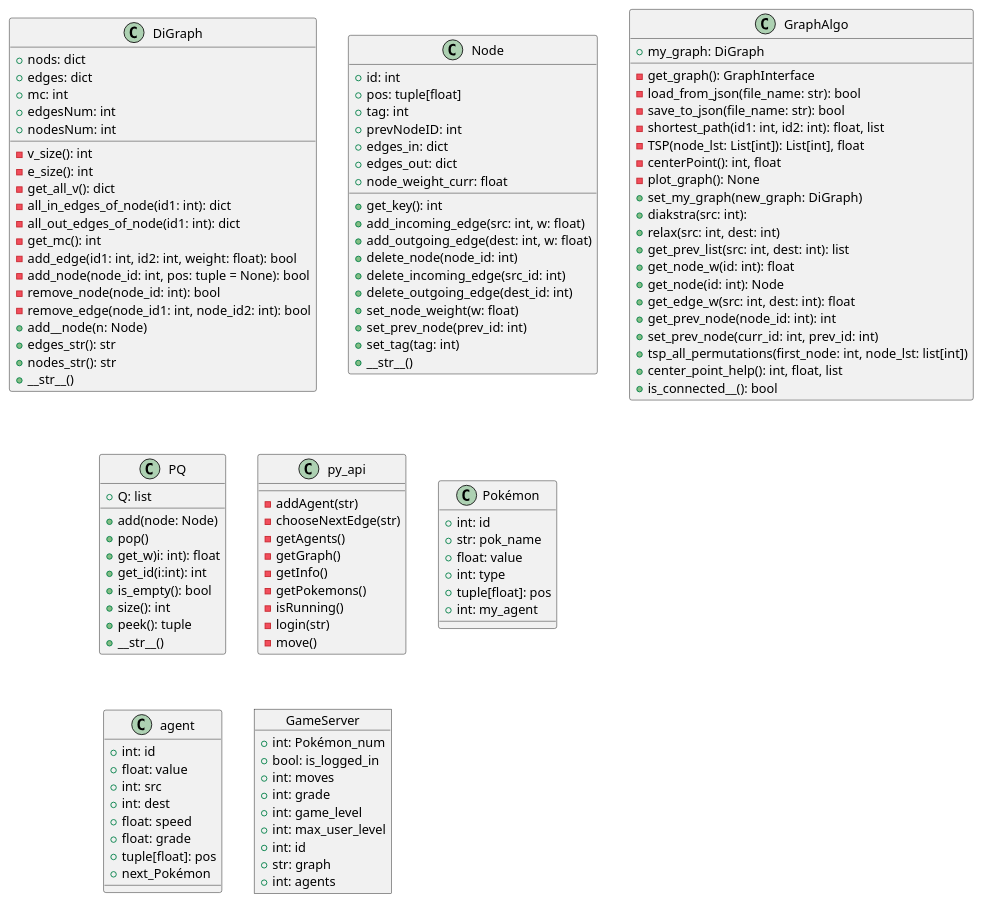
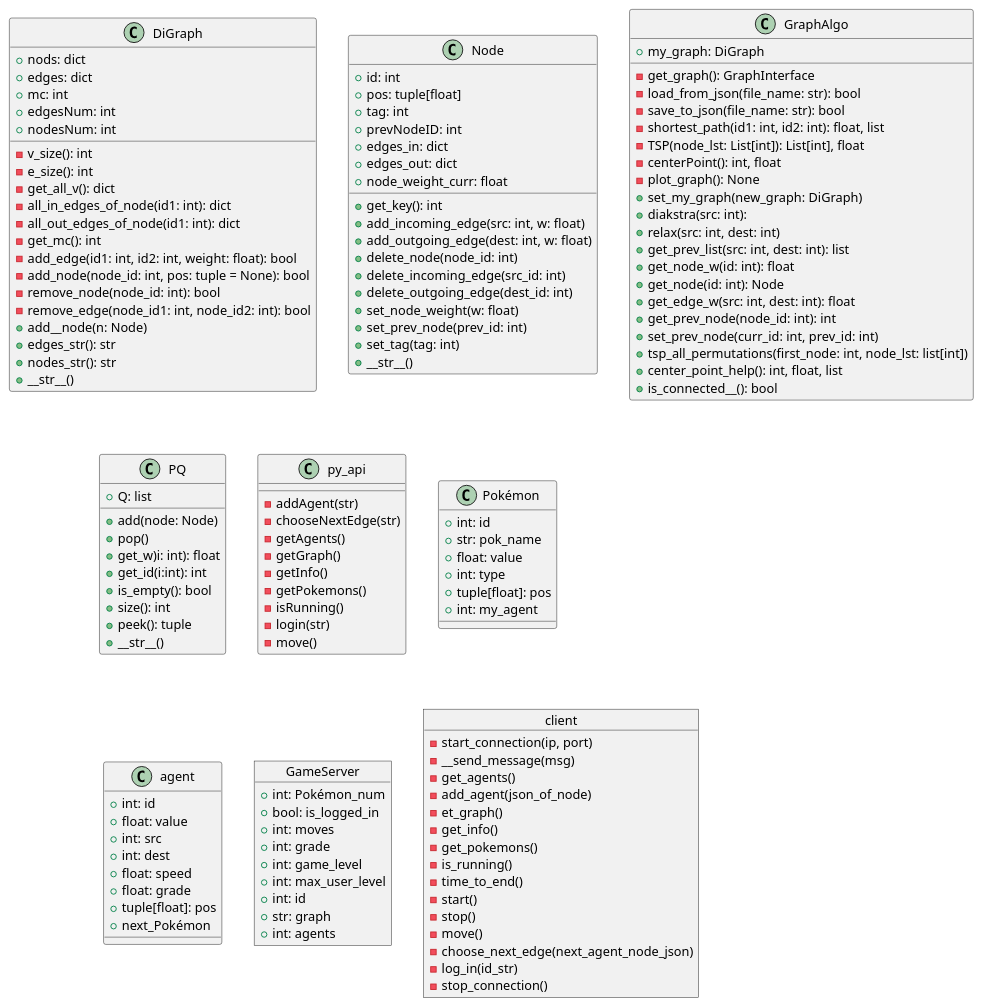
Before and after one commit to Matanel1995/OOP-Ex4-Pokemon-Game: the diagram in docs/OOP_Ex4_uml.puml, drawn with PlantUML.

```diff
--- a/docs/OOP_Ex4_uml.puml
+++ b/docs/OOP_Ex4_uml.puml
@@ -2,128 +2,146 @@
 @startuml
 
 
 class DiGraph{
 +nods: dict
 +edges: dict
 +mc: int
 +edgesNum: int
 +nodesNum: int
 -v_size(): int
 -e_size(): int
 -get_all_v(): dict
 -all_in_edges_of_node(id1: int): dict
 -all_out_edges_of_node(id1: int): dict
 -get_mc(): int
 -add_edge(id1: int, id2: int, weight: float): bool
 -add_node(node_id: int, pos: tuple = None): bool
 -remove_node(node_id: int): bool
 -remove_edge(node_id1: int, node_id2: int): bool
 +add__node(n: Node)
 +edges_str(): str
 +nodes_str(): str
 +__str__()
 }
 
 class Node{
 +id: int
 +pos: tuple[float]
 +tag: int
 +prevNodeID: int
 +edges_in: dict
 +edges_out: dict
 +node_weight_curr: float
 +get_key(): int
 +add_incoming_edge(src: int, w: float)
 +add_outgoing_edge(dest: int, w: float)
 +delete_node(node_id: int)
 +delete_incoming_edge(src_id: int)
 +delete_outgoing_edge(dest_id: int)
 +set_node_weight(w: float)
 +set_prev_node(prev_id: int)
 +set_tag(tag: int)
 +__str__()
 }
 
 class GraphAlgo{
 +my_graph: DiGraph
 -get_graph(): GraphInterface
 -load_from_json(file_name: str): bool
 -save_to_json(file_name: str): bool
 -shortest_path(id1: int, id2: int): float, list
 -TSP(node_lst: List[int]): List[int], float
 -centerPoint(): int, float
 -plot_graph(): None
 +set_my_graph(new_graph: DiGraph)
 +diakstra(src: int):
 +relax(src: int, dest: int)
 +get_prev_list(src: int, dest: int): list
 +get_node_w(id: int): float
 +get_node(id: int): Node
 '+get_node_tag(id: int): int
 '+set_node_tag(id: int, tag)
 '+set_path_w(id: int, w: float)
 +get_edge_w(src: int, dest: int): float
 +get_prev_node(node_id: int): int
 +set_prev_node(curr_id: int, prev_id: int)
 +tsp_all_permutations(first_node: int, node_lst: list[int])
 +center_point_help(): int, float, list
 +is_connected__(): bool
 }
 
 class PQ{
 +Q: list
 +add(node: Node)
 +pop()
 +get_w)i: int): float
 +get_id(i:int): int
 +is_empty(): bool
 +size(): int
 +peek(): tuple
 +__str__()
 }
 
 class py_api{
 -addAgent(str)
 -chooseNextEdge(str)
 -getAgents()
 -getGraph()
 -getInfo()
 -getPokemons()
 -isRunning()
 -login(str)
 -move()
 }
 
 class Pokémon{
 +int: id
 +str: pok_name
 +float: value
 +int: type
 +tuple[float]: pos
 +int: my_agent
 }
 
 class agent{
 +int: id
 +float: value
 +int: src
 +int: dest
 +float: speed
 +float: grade
 +tuple[float]: pos
 +next_Pokémon
 }
 
 object GameServer{
 +int: Pokémon_num
 +bool: is_logged_in
 +int: moves
 +int: grade
 +int: game_level
 +int: max_user_level
 +int: id
 +str: graph
 +int: agents
 }
 
+object client{
+-start_connection(ip, port)
+-__send_message(msg)
+-get_agents()
+-add_agent(json_of_node)
+-et_graph()
+-get_info()
+-get_pokemons()
+-is_running()
+-time_to_end()
+-start()
+-stop()
+-move()
+-choose_next_edge(next_agent_node_json)
+-log_in(id_str)
+-stop_connection()
+}
+
 @enduml
```
